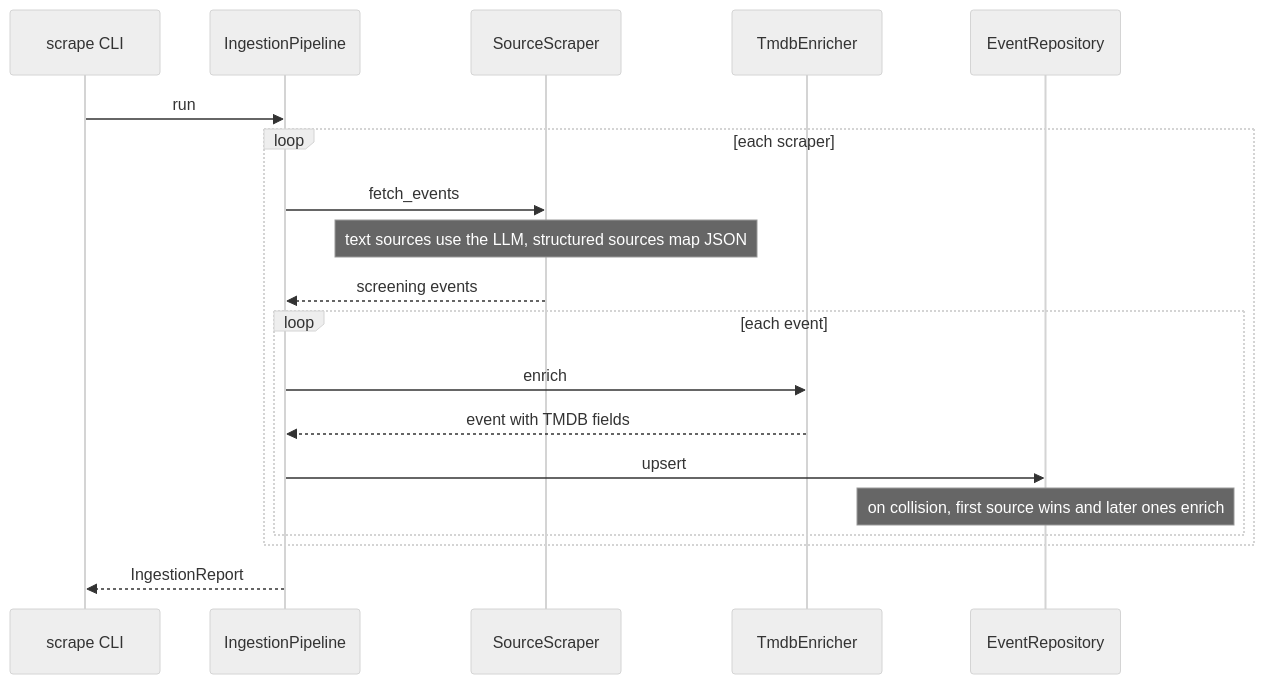
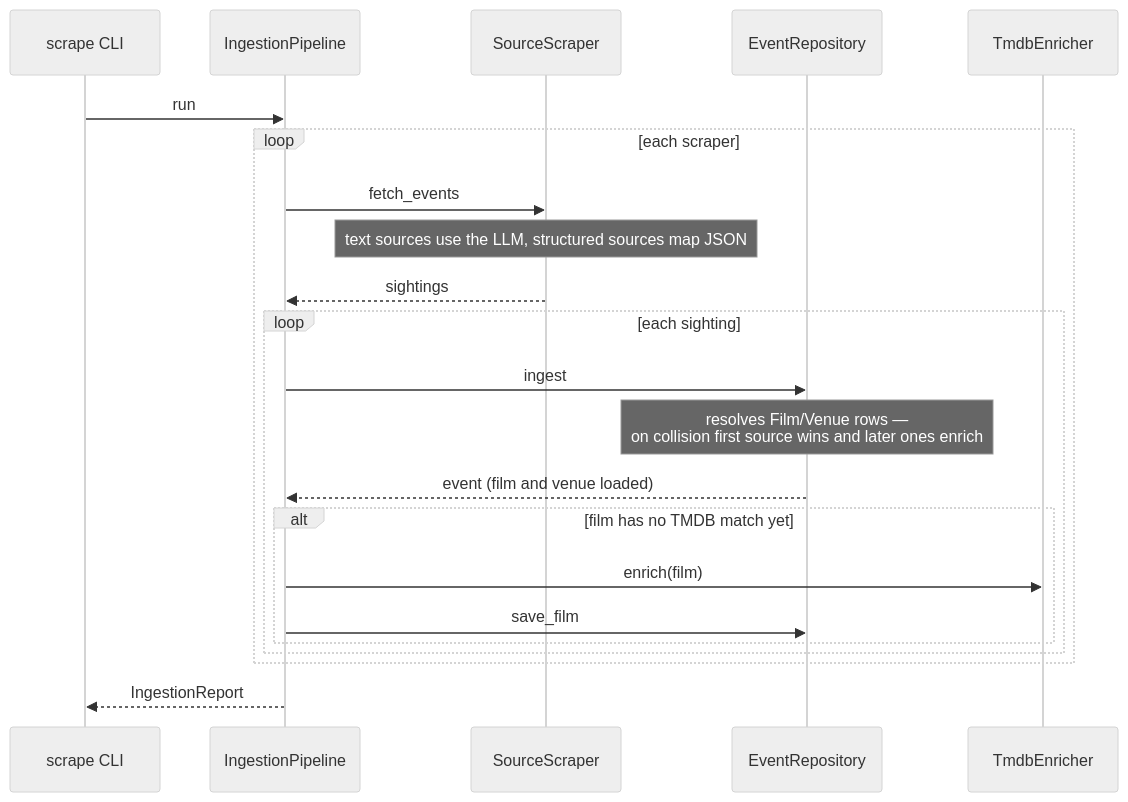
The second of 3 diagrams in docs/architecture.md (Pierrafrom/lanterne), drawn with Mermaid (neutral theme) before and after one commit. The commit also changed other lines of this file and 27 other files, not shown here.

First line of the commit message:
refactor(models): normalize schema around Film, Venue, and sightings

````diff
--- a/docs/architecture.md
+++ b/docs/architecture.md
@@ -69,22 +79,25 @@
 ```mermaid
 sequenceDiagram
     participant CLI as scrape CLI
     participant P as IngestionPipeline
     participant S as SourceScraper
+    participant R as EventRepository
     participant T as TmdbEnricher
-    participant R as EventRepository
 
     CLI->>P: run
     loop each scraper
         P->>S: fetch_events
         Note over S: text sources use the LLM, structured sources map JSON
-        S-->>P: screening events
-        loop each event
-            P->>T: enrich
-            T-->>P: event with TMDB fields
-            P->>R: upsert
-            Note over R: on collision, first source wins and later ones enrich
+        S-->>P: sightings
+        loop each sighting
+            P->>R: ingest
+            Note over R: resolves Film/Venue rows —<br/>on collision first source wins and later ones enrich
+            R-->>P: event (film and venue loaded)
+            alt film has no TMDB match yet
+                P->>T: enrich(film)
+                P->>R: save_film
+            end
         end
     end
     P-->>CLI: IngestionReport
 ```
````
